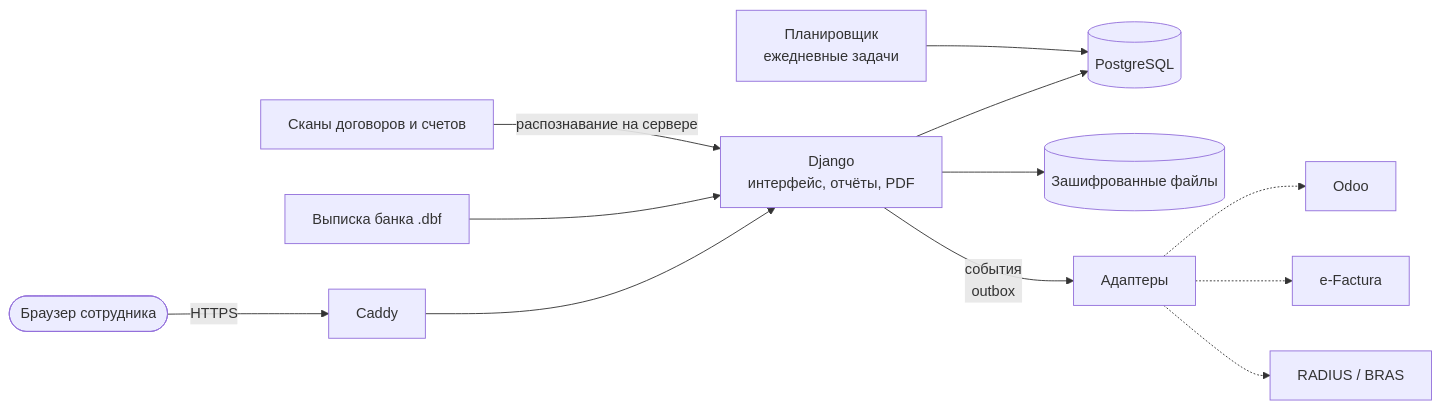
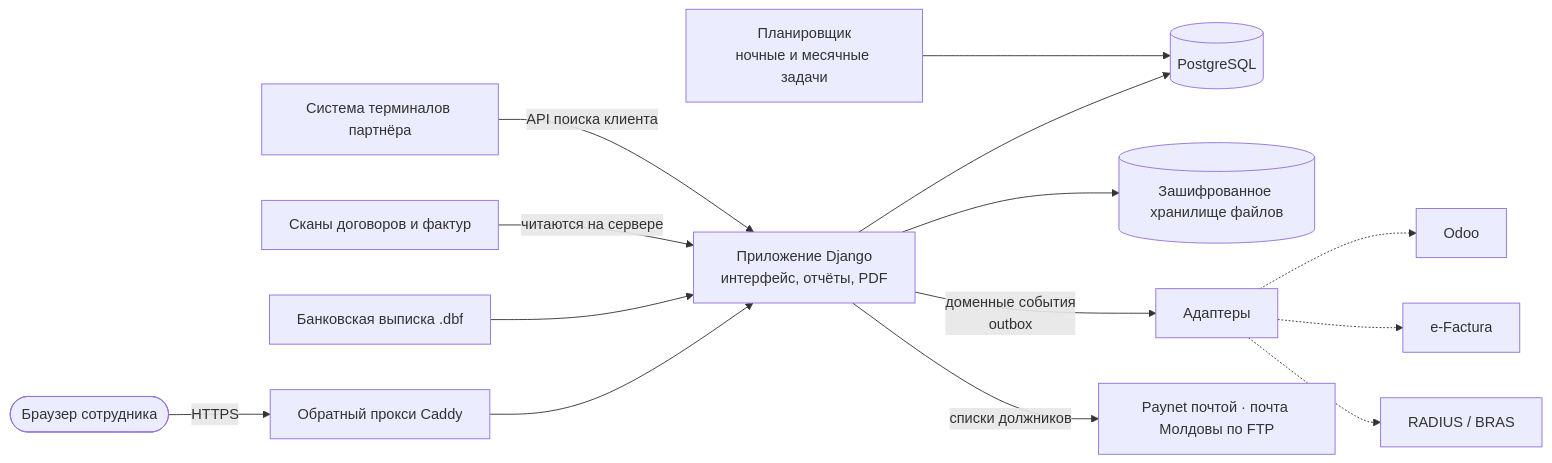
The diagram in README.ru.md (Madly222/network_billing), drawn with Mermaid before and after one commit. The commit also changed other lines of this file and 2 other files, not shown here.

````diff
--- a/README.ru.md
+++ b/README.ru.md
@@ -79,14 +119,16 @@
 ```mermaid
 flowchart LR
-  staff([Браузер сотрудника]) -->|HTTPS| proxy[Caddy]
-  proxy --> app[Django<br/>интерфейс, отчёты, PDF]
+  staff([Браузер сотрудника]) -->|HTTPS| proxy[Обратный прокси Caddy]
+  proxy --> app[Приложение Django<br/>интерфейс, отчёты, PDF]
   app --> db[(PostgreSQL)]
-  app --> files[(Зашифрованные файлы)]
-  scheduler[Планировщик<br/>ежедневные задачи] --> db
-  app -->|события<br/>outbox| adapters[Адаптеры]
+  app --> files[(Зашифрованное хранилище файлов)]
+  scheduler[Планировщик<br/>ночные и месячные задачи] --> db
+  app -->|доменные события<br/>outbox| adapters[Адаптеры]
   adapters -.-> odoo[Odoo]
   adapters -.-> efactura[e-Factura]
   adapters -.-> radius[RADIUS / BRAS]
-  bank[Выписка банка .dbf] --> app
-  scans[Сканы договоров и счетов] -->|распознавание на сервере| app
+  bank[Банковская выписка .dbf] --> app
+  scans[Сканы договоров и фактур] -->|читаются на сервере| app
+  app -->|списки должников| partners[Paynet почтой · почта Молдовы по FTP]
+  terminals[Система терминалов партнёра] -->|API поиска клиента| app
 ```
````
